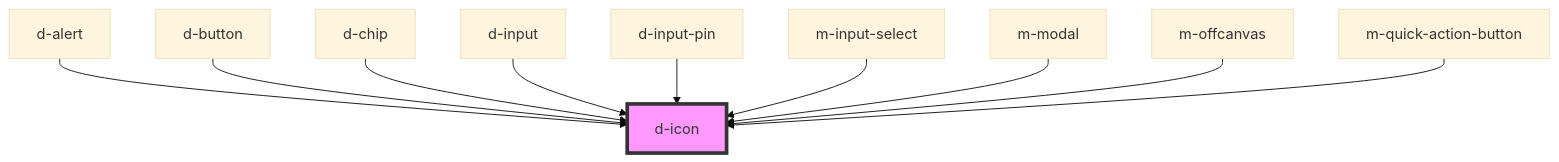
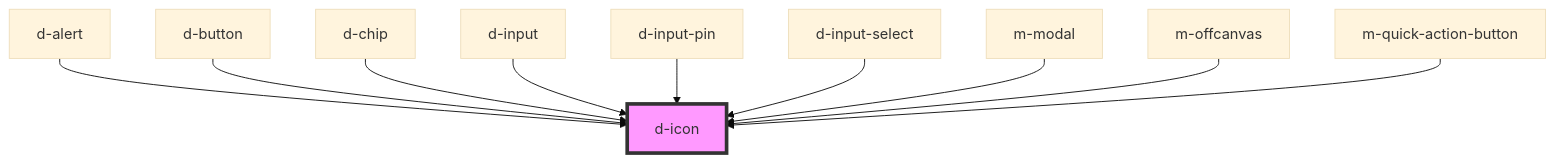
One commit to dynamic-framework/dynamic-ui changed the diagram in libraries/dynamic-ui/src/components/d-icon/readme.md. Above: the diagram before and after it, drawn with Mermaid (base theme). The commit also changed other lines of this file and 18 other files, not shown here.

Commit message:
feat: update input-select and formik-input-select name

````diff
--- a/libraries/dynamic-ui/src/components/d-icon/readme.md
+++ b/libraries/dynamic-ui/src/components/d-icon/readme.md
@@ -41,13 +41,13 @@
 ```mermaid
 graph TD;
   d-alert --> d-icon
   d-button --> d-icon
   d-chip --> d-icon
   d-input --> d-icon
   d-input-pin --> d-icon
-  m-input-select --> d-icon
+  d-input-select --> d-icon
   m-modal --> d-icon
   m-offcanvas --> d-icon
   m-quick-action-button --> d-icon
   style d-icon fill:#f9f,stroke:#333,stroke-width:4px
 ```
````
